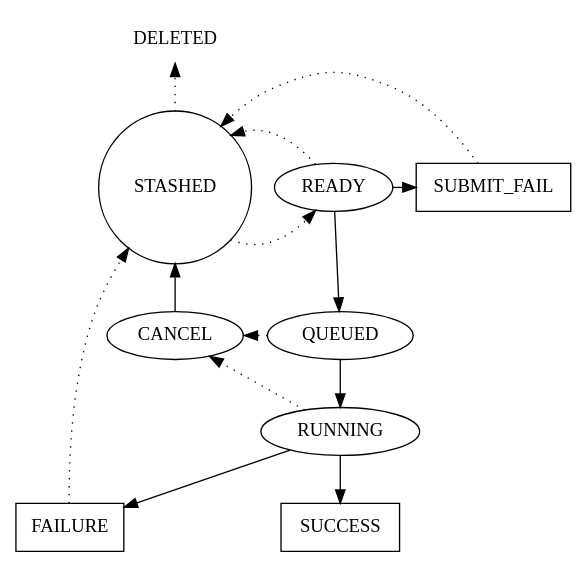
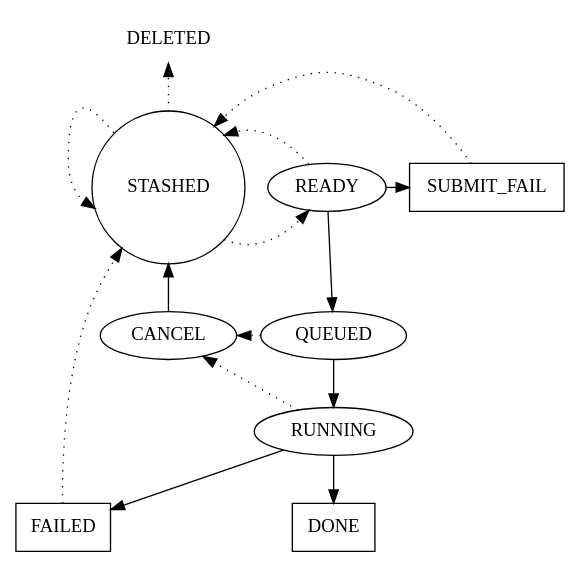
The diagram in brownthrower/doc/manager_job_states.dot (ptallada/brownthrower), drawn with Graphviz before and after one commit. The commit also changed 21 other files, not shown here.

```diff
--- a/brownthrower/doc/manager_job_states.dot
+++ b/brownthrower/doc/manager_job_states.dot
@@ -1,51 +1,54 @@
 digraph job_states {
     // Possible job states
     DELETED          [shape="plaintext"]; // The job has been deleted.
     STASHED          [shape="circle"];    // The job is in preparation phase. It is being configured and cannot be executed yet.
     READY            [shape="ellipse"];   // The job has been configured and its dependencies are already set. It will be executed as soon as possible.
     SUBMIT_FAIL      [shape="box"];       // The dispatcher has been unable to submit this job for execution.
     CANCEL           [shape="ellipse"];   // The user has asked to cancel this job.
     QUEUED           [shape="ellipse"];   // The dispatcher has submitted this job for execution and it is waiting for some resources to be available.
     RUNNING          [shape="ellipse"];   // The job is being executed.
-    SUCCESS          [shape="box"];       // The job has finished with exit code == 0.
-    FAILURE          [shape="box"];       // The job/runner was unable to complete its execution successfully.
+    DONE             [shape="box"];       // The job has finished with exit code == 0.
+    FAILED           [shape="box"];       // The job/runner was unable to complete its execution successfully.
     
     // Grouping
     { rank="source";
         DELETED;
     }
     { rank="same";
         STASHED; READY; SUBMIT_FAIL;
     }
     { rank="same";
         CANCEL; QUEUED;
     }
     { rank="same";
-        SUCCESS; FAILURE;
+        DONE; FAILED;
     }
     
     // Expected flow
     STASHED         -> READY            [style="dotted"]; // User marks this job as ready for execution
     READY           -> QUEUED           [style="solid"];  // Dispatcher submits the job to the pool of resources
     QUEUED          -> RUNNING          [style="solid"];  // Job starts its execution inside the runner
-    RUNNING         -> SUCCESS          [style="solid"];  // Job/Runner finished its execution without error
+    RUNNING         -> DONE             [style="solid"];  // Job/Runner finished its execution without error
     
     // Submit failure
     READY           -> SUBMIT_FAIL      [style="solid"];  // Dispatcher has been unable to submit the job
     
     // The job/runner fails to finish successfully
-    RUNNING         -> FAILURE          [style="solid", constraint="false"];  // Some exception has occurred inside the Job/Runner
+    RUNNING         -> FAILED           [style="solid", constraint="false"];  // Some exception has occurred inside the Job/Runner
     
     // The job has to be cancelled
     QUEUED          -> CANCEL           [style="dotted", constraint="false"]; // The user wants this job to be cancelled
     RUNNING         -> CANCEL           [style="dotted", constraint="false"]; // The user wants this job to be cancelled
     CANCEL          -> STASHED          [style="solid"];                      // The job is successfully cancelled
     
     // Return the job to the stash
     SUBMIT_FAIL     -> STASHED          [style="dotted"];
     READY           -> STASHED          [style="dotted"];
-    FAILURE         -> STASHED          [style="dotted"];
+    FAILED          -> STASHED          [style="dotted"];
+    
+    // Edit job attributes, or modify its dependencies
+    STASHED:nw      -> STASHED          [style="dotted", constraint="false"];
     
     // Remove the job
     STASHED         -> DELETED          [style="dotted"];
 }
```
